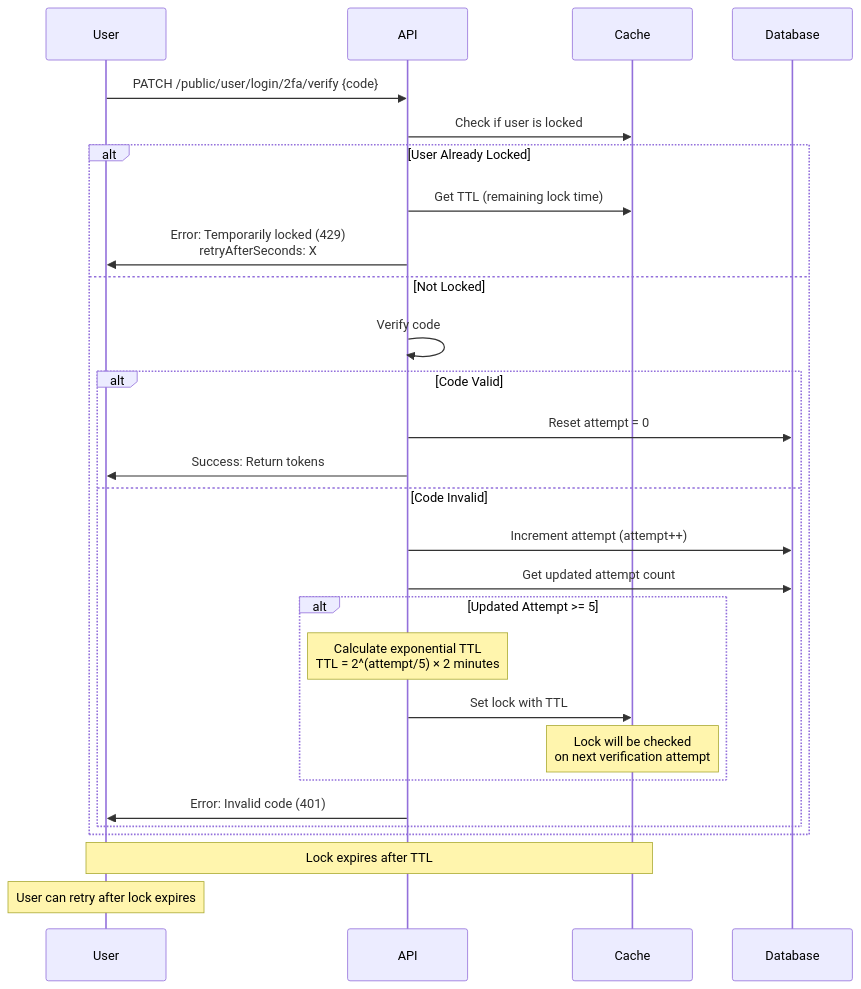
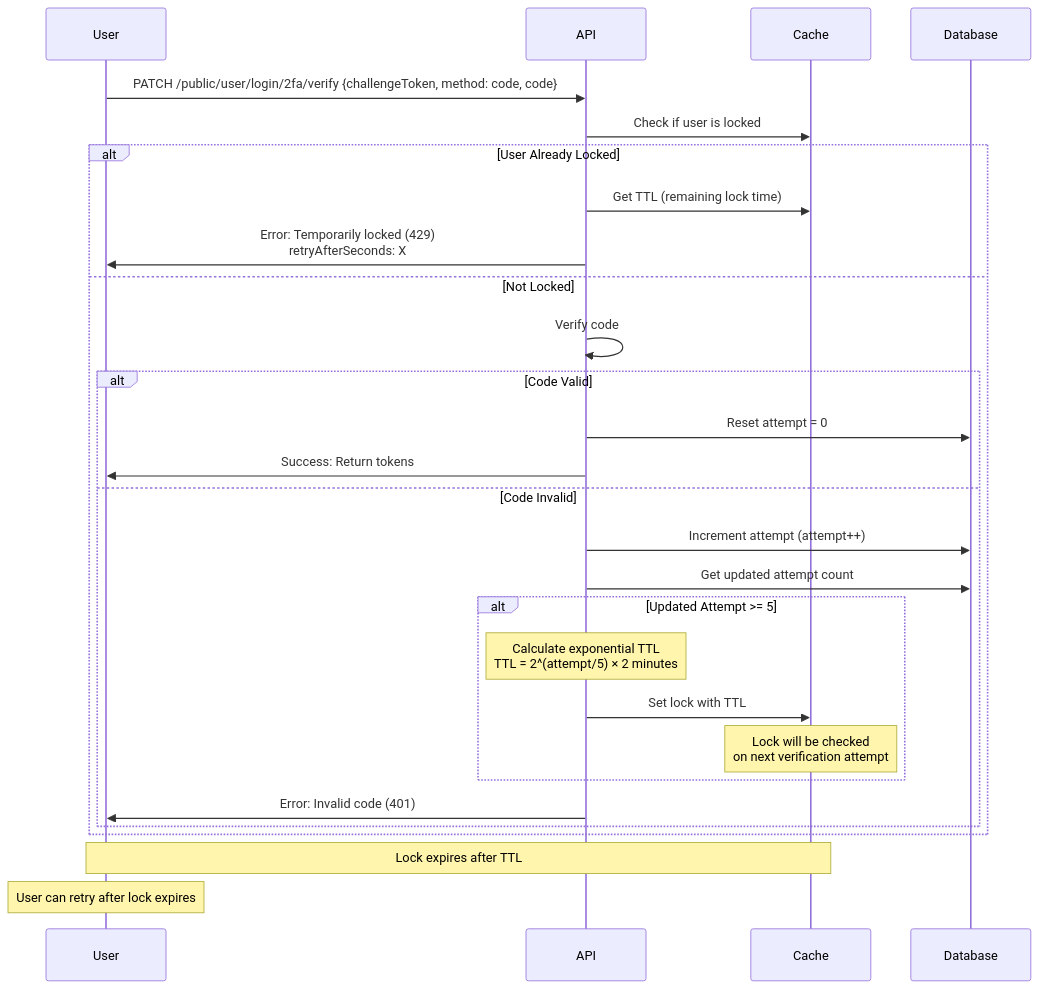
The fifth of 9 diagrams in docs/two-factor.md (andrechristikan/ack-nestjs-boilerplate), drawn with Mermaid before and after one commit. The commit also changed other lines of this file and 1195 other files, not shown here.

````diff
--- a/docs/two-factor.md
+++ b/docs/two-factor.md
@@ -360,35 +360,35 @@
 ```mermaid
 sequenceDiagram
     participant User
     participant API
     participant Cache
     participant Database
 
-    User->>API: PATCH /public/user/login/2fa/verify {code}
+    User->>API: PATCH /public/user/login/2fa/verify {challengeToken, method: code, code}
     API->>Cache: Check if user is locked
     
     alt User Already Locked
         API->>Cache: Get TTL (remaining lock time)
         API->>User: Error: Temporarily locked (429)<br/>retryAfterSeconds: X
     else Not Locked
         API->>API: Verify code
         alt Code Valid
             API->>Database: Reset attempt = 0
             API->>User: Success: Return tokens
         else Code Invalid
             API->>Database: Increment attempt (attempt++)
             API->>Database: Get updated attempt count
             
             alt Updated Attempt >= 5
                 Note over API: Calculate exponential TTL<br/>TTL = 2^(attempt/5) × 2 minutes
                 API->>Cache: Set lock with TTL
                 Note over Cache: Lock will be checked<br/>on next verification attempt
             end
             
             API->>User: Error: Invalid code (401)
         end
     end
     
     Note over User,Cache: Lock expires after TTL
     Note over User: User can retry after lock expires
 ```
````
